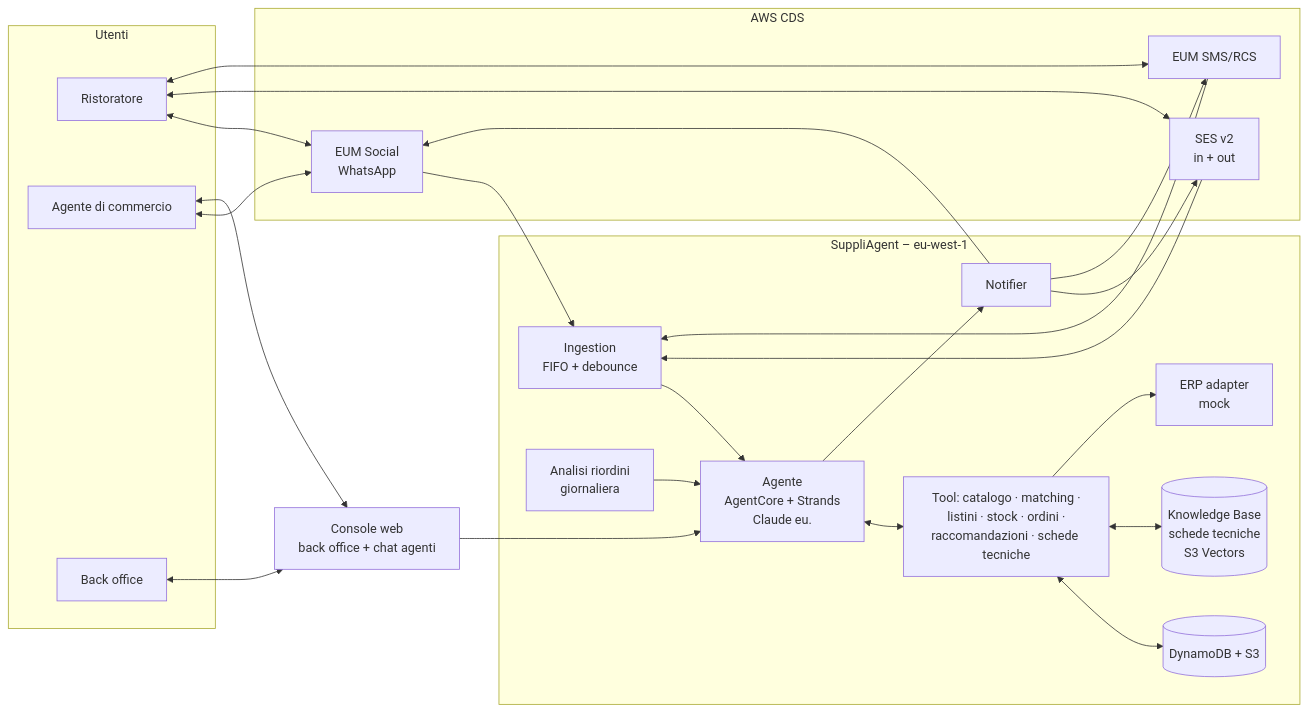
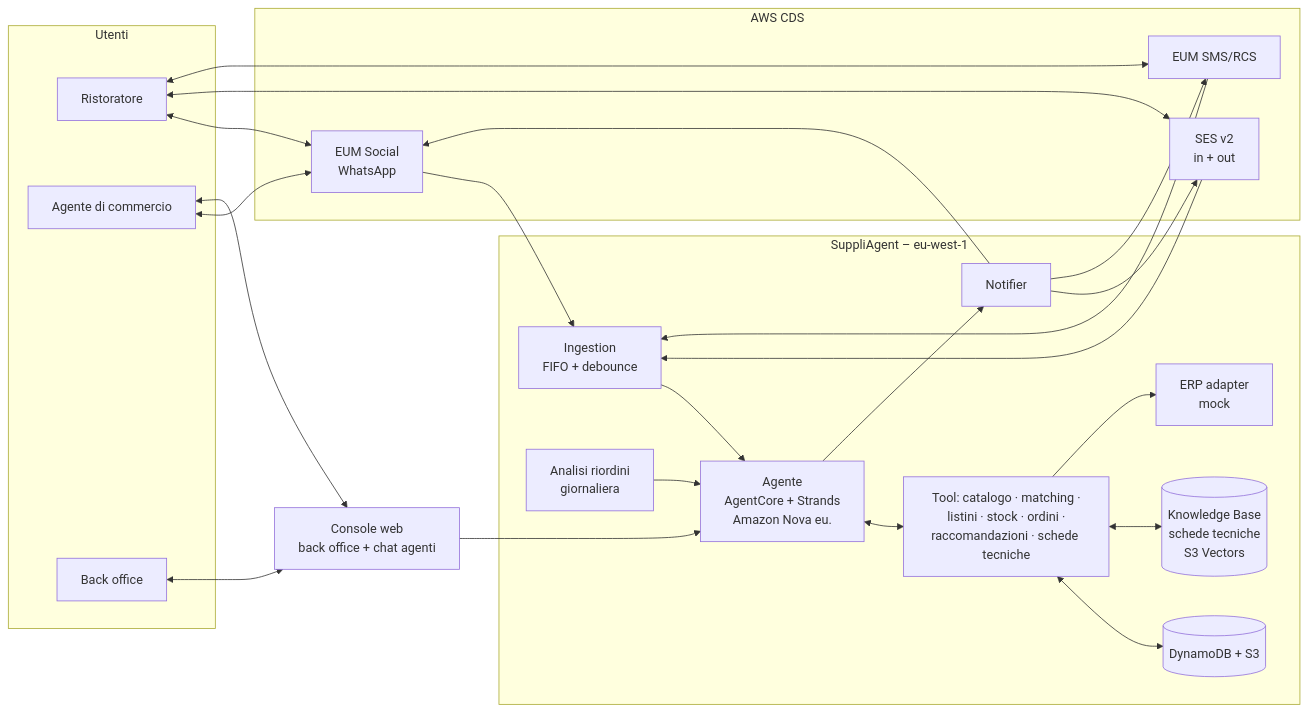
One commit to besharpsrl/aws-cds-hackathon-2026-suppliagent changed the diagram in SUPPLIAGENT_SOLUTION.md. Above: the diagram before and after it, drawn with Mermaid. The commit also changed other lines of this file and 13 other files, not shown here.

First line of the commit message:
docs: switch model to Amazon Nova (eu.) while Claude is unavailable

````diff
--- a/SUPPLIAGENT_SOLUTION.md
+++ b/SUPPLIAGENT_SOLUTION.md
@@ -71,45 +71,45 @@
 ```mermaid
 flowchart LR
     subgraph Utenti
         R[Ristoratore]
         A[Agente di commercio]
         BO[Back office]
     end
     subgraph CDS[AWS CDS]
         WA[EUM Social<br/>WhatsApp]
         SES[SES v2<br/>in + out]
         EUM[EUM SMS/RCS]
     end
     subgraph Core[SuppliAgent – eu-west-1]
         ING[Ingestion<br/>FIFO + debounce]
-        AG[Agente<br/>AgentCore + Strands<br/>Claude eu.]
+        AG[Agente<br/>AgentCore + Strands<br/>Amazon Nova eu.]
         T[Tool: catalogo · matching ·<br/>listini · stock · ordini ·<br/>raccomandazioni · schede tecniche]
         KB[(Knowledge Base<br/>schede tecniche<br/>S3 Vectors)]
         DB[(DynamoDB + S3)]
         ERP[ERP adapter<br/>mock]
         N[Notifier]
         PRO[Analisi riordini<br/>giornaliera]
     end
     CON[Console web<br/>back office + chat agenti]
 
     R <--> WA
     R <--> SES
     R <--> EUM
     A <--> WA
     A <--> CON
     BO <--> CON
     WA --> ING
     SES --> ING
     EUM --> ING
     ING --> AG
     CON --> AG
     AG <--> T
     T <--> DB
     T <--> KB
     T --> ERP
     AG --> N
     PRO --> AG
     N --> WA
     N --> SES
     N --> EUM
 ```
````
